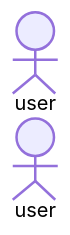
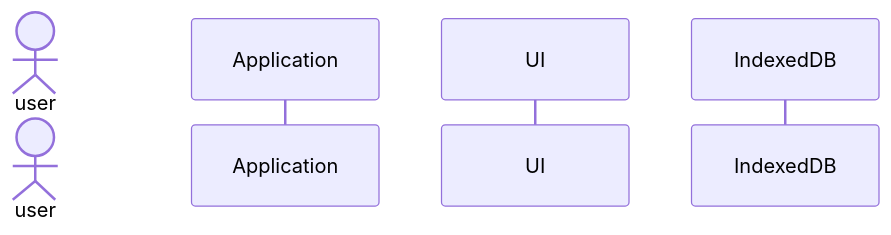
One commit to Henry-WK/henry-wk.github.io changed the diagram in mermaid.md. Above: the diagram before and after it, drawn with Mermaid.

````diff
--- a/mermaid.md
+++ b/mermaid.md
@@ -1,4 +1,7 @@
 ```mermaid
   sequenceDiagram
   actor user
+  participant app as Application
+  participant UI as UI
+  participant db as IndexedDB
 ```
````
